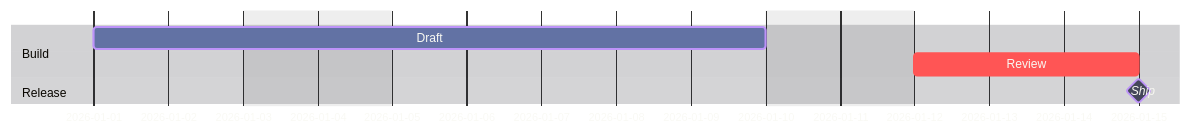
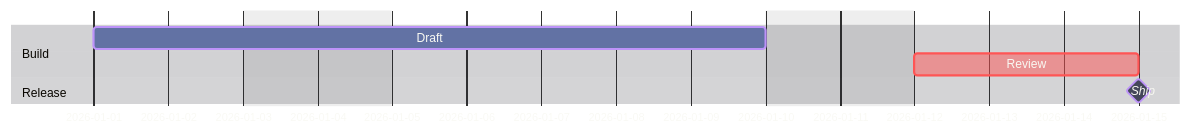
One commit to bsamiee/Rasm changed the tenth of 25 diagrams in .claude/skills/mermaid-diagramming/references/syntax-extended.md. Above: the diagram before and after it, drawn with Mermaid. The commit also changed other lines of this file and 50 other files, not shown here.

````diff
--- a/.claude/skills/mermaid-diagramming/references/syntax-extended.md
+++ b/.claude/skills/mermaid-diagramming/references/syntax-extended.md
@@ -308,31 +334,35 @@
 ```mermaid
 ---
 config:
   theme: base
+  look: classic
   themeVariables:
     darkMode: true
     fontFamily: "SF Mono, Menlo, Cascadia Mono, Segoe UI Mono, Consolas, monospace"
+    useGradient: false
+    dropShadow: "none"
     textColor: "#F8F8F2"
     taskTextOutsideColor: "#F8F8F2"
     gridColor: "#6272A4"
     sectionBkgColor: "#21222C"
     altSectionBkgColor: "#282A36"
     taskBkgColor: "#44475A"
     taskBorderColor: "#BD93F9"
     activeTaskBkgColor: "#6272A4"
     activeTaskBorderColor: "#BD93F9"
-    critBkgColor: "#FF5555"
+    critBkgColor: "#FF555580"
     critBorderColor: "#FF5555"
     todayLineColor: "#FF79C6"
+  themeCSS: ".sectionTitle{font-size:12px;font-weight:600}.taskText,.taskTextOutsideRight,.taskTextOutsideLeft{font-size:12px}"
 ---
 gantt
   accTitle: Schedule demo
   accDescr: A draft-review-ship chain with an active task, a critical review, and a milestone.
   dateFormat YYYY-MM-DD
   excludes weekends
   section Build
   Draft :active, a, 2026-01-01, 7d
   Review :crit, b, after a, 3d
   section Release
   Ship :milestone, m, after b, 0d
 ```
````
